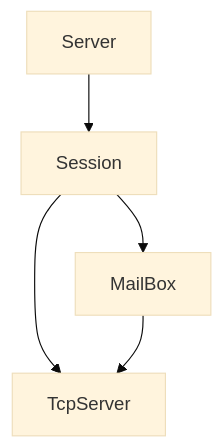
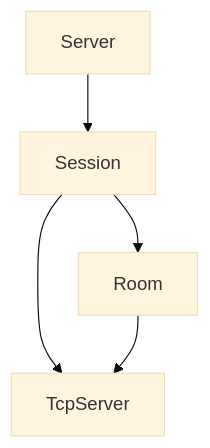
Before and after one commit to Kidr1cE/AlIM: the diagram in README.md, drawn with Mermaid (base theme). The commit also changed other lines of this file, not shown here.

````diff
--- a/README.md
+++ b/README.md
@@ -14,8 +14,8 @@
 ```mermaid
     flowchart TD
         Server --> Session
         Session --> TcpServer
-        MailBox --> TcpServer
-        Session --> MailBox
+        Room --> TcpServer
+        Session --> Room
 
 ```
````
